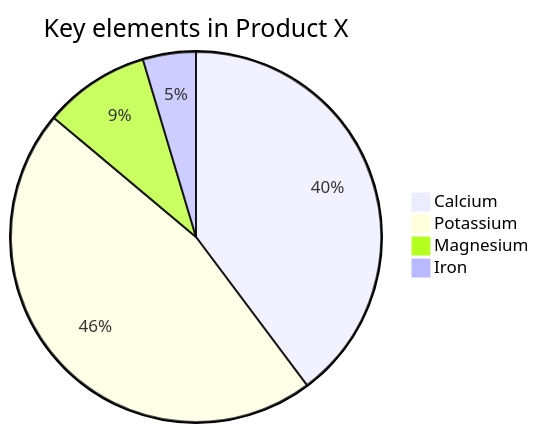
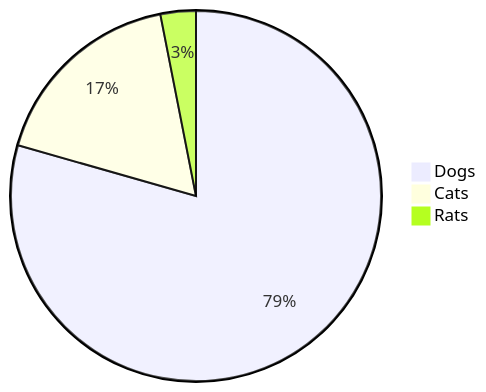
Before and after one commit to LynxCatTheThird/web-v6: the diagram in source/_posts/文章效果与字体编码测试.md, drawn with Mermaid. The commit also changed other lines of this file and 12 other files, not shown here.

```diff
--- a/source/_posts/文章效果与字体编码测试.md
+++ b/source/_posts/文章效果与字体编码测试.md
@@ -297,8 +296,6 @@
 {% mermaid %}
 pie
-    title Key elements in Product X
-    "Calcium" : 42.96
-    "Potassium" : 50.05
-    "Magnesium" : 10.01
-    "Iron" :  5
+"Dogs" : 386
+"Cats" : 85
+"Rats" : 15
 {% endmermaid %}
```
